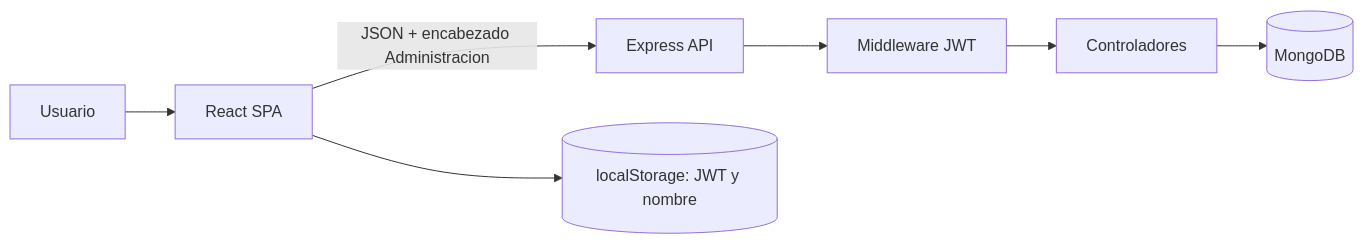
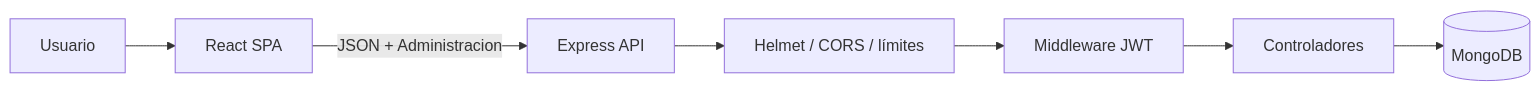
One commit to JuanCDLPR/password_manager_back changed the diagram in docs/ARQUITECTURA.md. Above: the diagram before and after it, drawn with Mermaid. The commit also changed other lines of this file and 25 other files, not shown here.

````diff
--- a/docs/ARQUITECTURA.md
+++ b/docs/ARQUITECTURA.md
@@ -12,9 +5,9 @@
 ```mermaid
 flowchart LR
     U[Usuario] --> F[React SPA]
-    F -->|JSON + encabezado Administracion| A[Express API]
-    A --> M[Middleware JWT]
-    M --> C[Controladores]
+    F -->|JSON + Administracion| A[Express API]
+    A --> H[Helmet / CORS / límites]
+    H --> J[Middleware JWT]
+    J --> C[Controladores]
     C --> DB[(MongoDB)]
-    F --> LS[(localStorage: JWT y nombre)]
 ```
````
